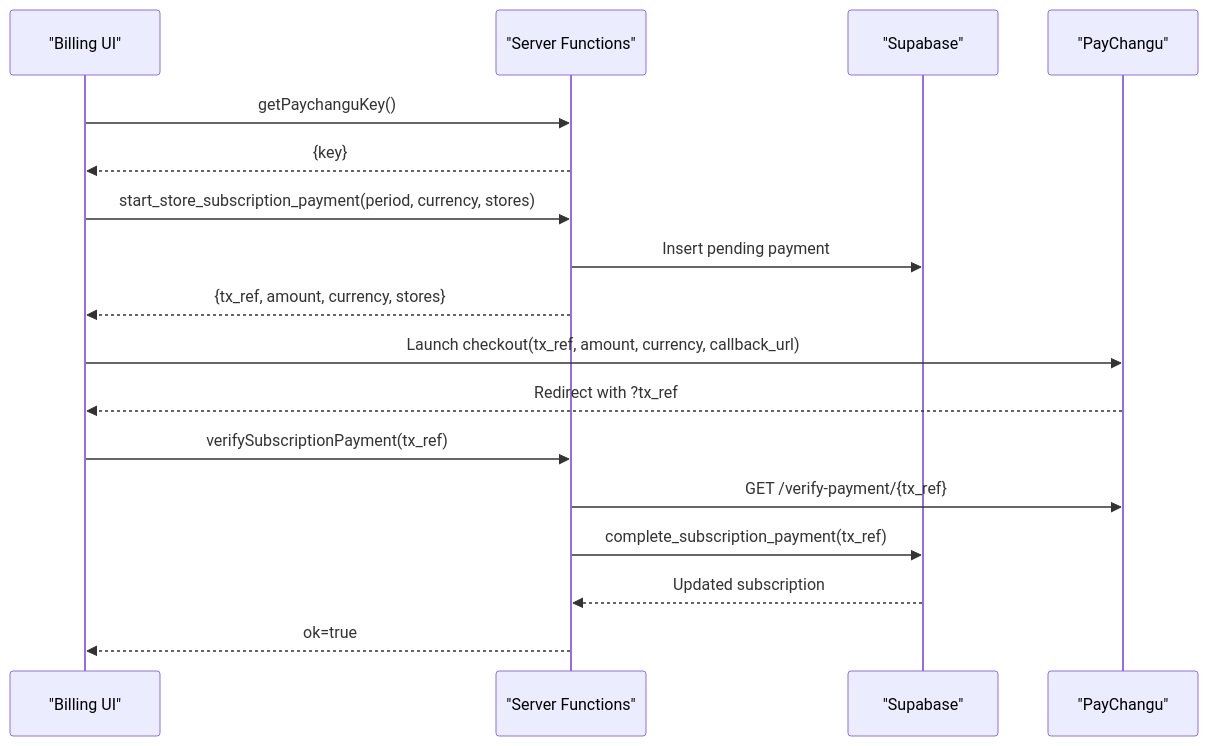
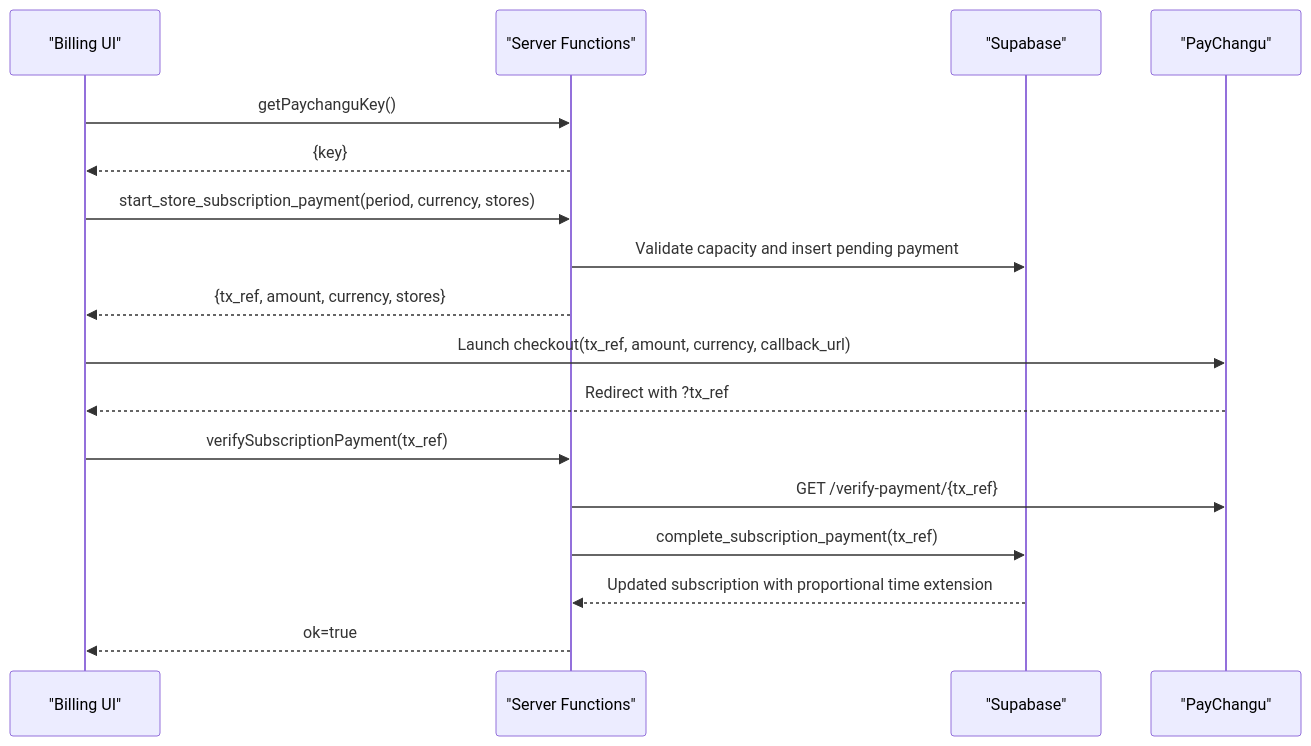
The fourth of 6 diagrams in .qoder/repowiki/en/content/Billing & Subscriptions/Billing & Subscriptions.md (themclloyd/storq), drawn with Mermaid before and after one commit. The commit also changed other lines of this file and 31 other files, not shown here.

````diff
--- a/.qoder/repowiki/en/content/Billing & Subscriptions/Billing & Subscriptions.md
+++ b/.qoder/repowiki/en/content/Billing & Subscriptions/Billing & Subscriptions.md
@@ -193,19 +214,19 @@
 ```mermaid
 sequenceDiagram
 participant UI as "Billing UI"
 participant SF as "Server Functions"
 participant DB as "Supabase"
 participant PC as "PayChangu"
 UI->>SF : getPaychanguKey()
 SF-->>UI : {key}
 UI->>SF : start_store_subscription_payment(period, currency, stores)
-SF->>DB : Insert pending payment
+SF->>DB : Validate capacity and insert pending payment
 SF-->>UI : {tx_ref, amount, currency, stores}
 UI->>PC : Launch checkout(tx_ref, amount, currency, callback_url)
 PC-->>UI : Redirect with ?tx_ref
 UI->>SF : verifySubscriptionPayment(tx_ref)
 SF->>PC : GET /verify-payment/{tx_ref}
 SF->>DB : complete_subscription_payment(tx_ref)
-DB-->>SF : Updated subscription
+DB-->>SF : Updated subscription with proportional time extension
 SF-->>UI : ok=true
 ```
````
